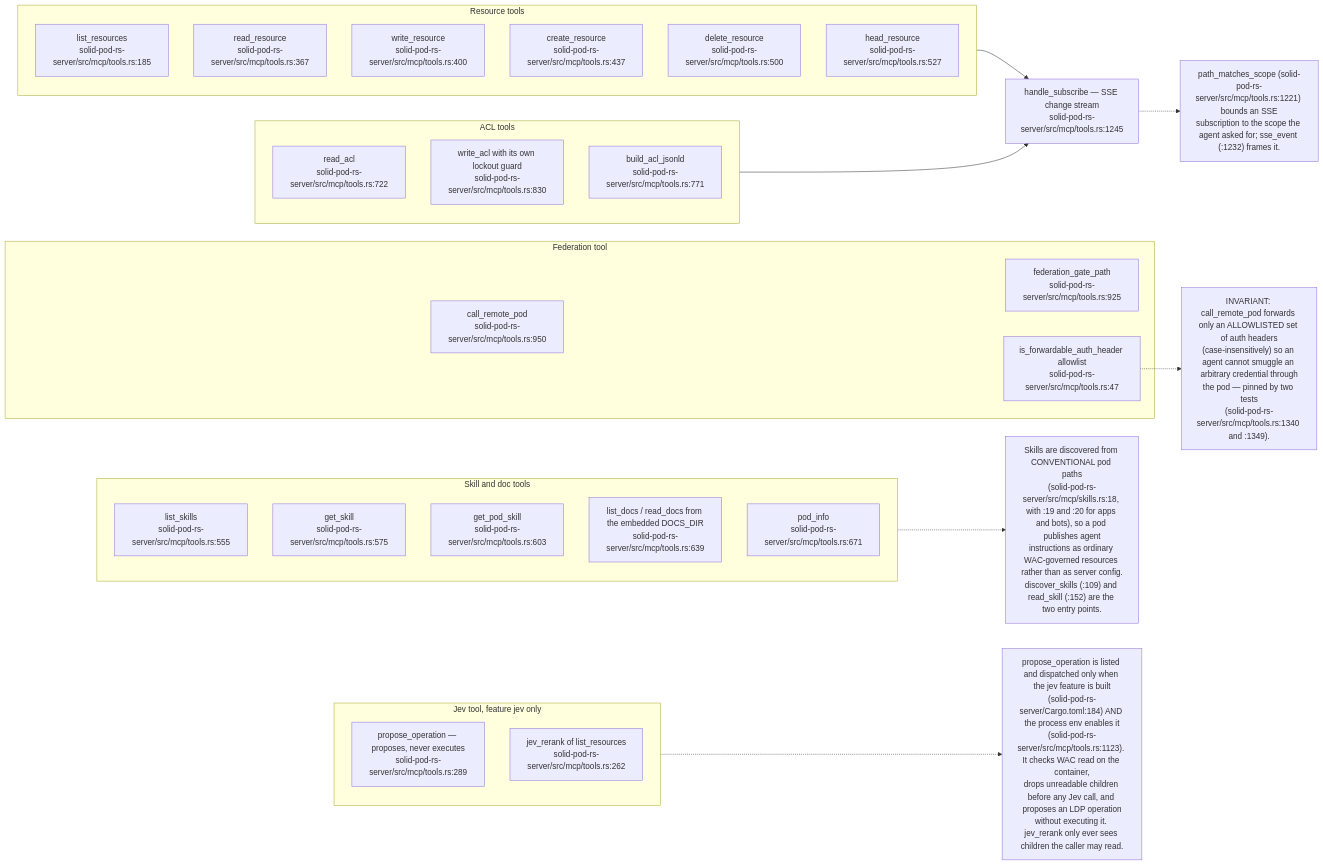
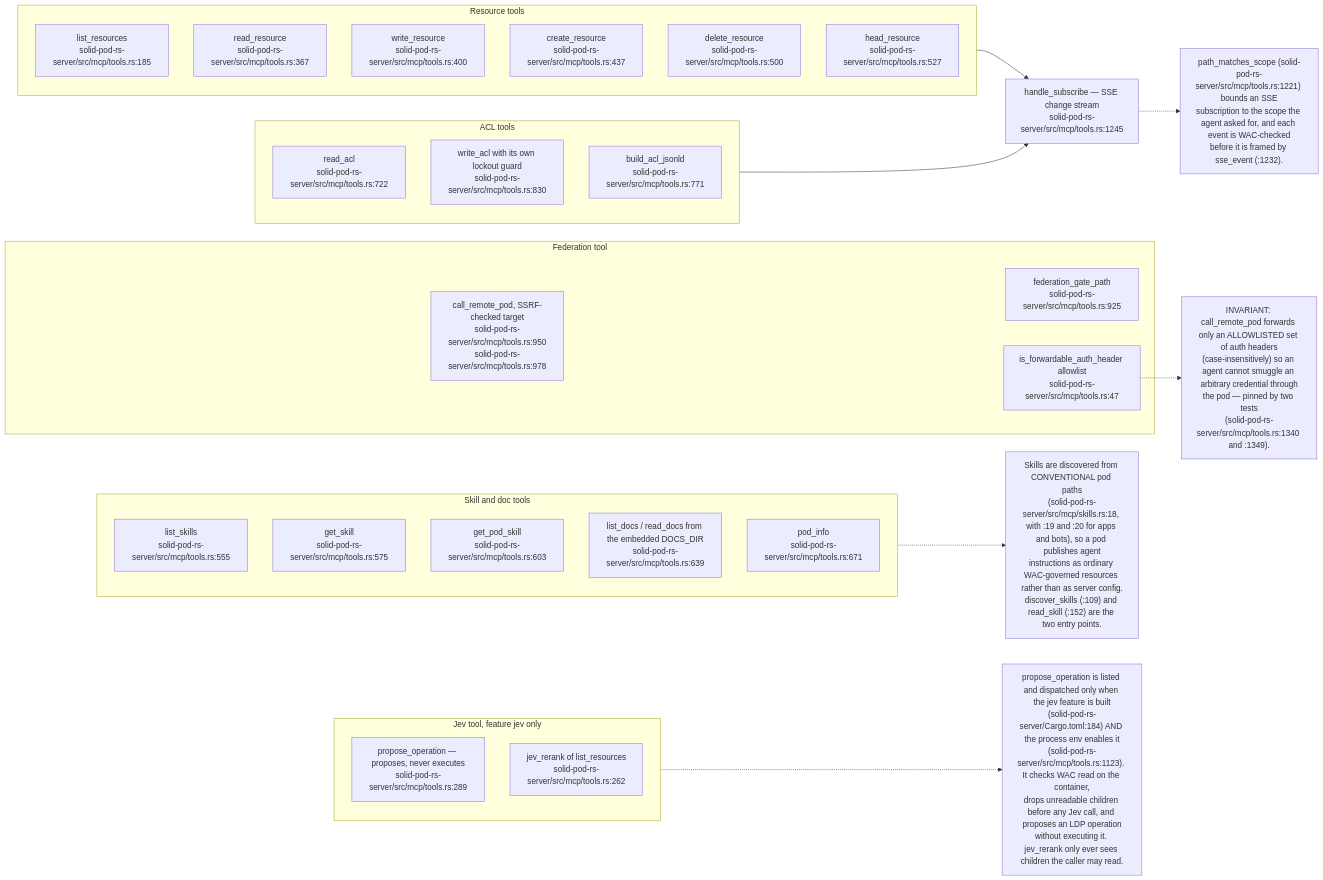
Before and after one commit to DreamLab-AI/VisionFlow: diagram 14 of 17 in docs/diagrams/solid-pod-rs/08-federation-notifications-forge-mcp.md, drawn with Mermaid. The commit also changed other lines of this file and 47 other files, not shown here.

````diff
--- a/docs/diagrams/solid-pod-rs/08-federation-notifications-forge-mcp.md
+++ b/docs/diagrams/solid-pod-rs/08-federation-notifications-forge-mcp.md
@@ -435,47 +517,47 @@
 ```mermaid
 flowchart LR
     subgraph RES["Resource tools"]
         LR2["list_resources<br/>solid-pod-rs-server/src/mcp/tools.rs:185"]
         RR["read_resource<br/>solid-pod-rs-server/src/mcp/tools.rs:367"]
         WR["write_resource<br/>solid-pod-rs-server/src/mcp/tools.rs:400"]
         CR["create_resource<br/>solid-pod-rs-server/src/mcp/tools.rs:437"]
         DR["delete_resource<br/>solid-pod-rs-server/src/mcp/tools.rs:500"]
         HR["head_resource<br/>solid-pod-rs-server/src/mcp/tools.rs:527"]
     end
     subgraph ACL["ACL tools"]
         RA["read_acl<br/>solid-pod-rs-server/src/mcp/tools.rs:722"]
         WA["write_acl with its own lockout guard<br/>solid-pod-rs-server/src/mcp/tools.rs:830"]
         BA["build_acl_jsonld<br/>solid-pod-rs-server/src/mcp/tools.rs:771"]
     end
     subgraph SK["Skill and doc tools"]
         LS["list_skills<br/>solid-pod-rs-server/src/mcp/tools.rs:555"]
         GS["get_skill<br/>solid-pod-rs-server/src/mcp/tools.rs:575"]
         PS["get_pod_skill<br/>solid-pod-rs-server/src/mcp/tools.rs:603"]
         LD["list_docs / read_docs from the embedded DOCS_DIR<br/>solid-pod-rs-server/src/mcp/tools.rs:639"]
         PI["pod_info<br/>solid-pod-rs-server/src/mcp/tools.rs:671"]
     end
     subgraph JV["Jev tool, feature jev only"]
         PO["propose_operation — proposes, never executes<br/>solid-pod-rs-server/src/mcp/tools.rs:289"]
         JR["jev_rerank of list_resources<br/>solid-pod-rs-server/src/mcp/tools.rs:262"]
     end
     subgraph FED["Federation tool"]
-        CRP["call_remote_pod<br/>solid-pod-rs-server/src/mcp/tools.rs:950"]
+        CRP["call_remote_pod, SSRF-checked target<br/>solid-pod-rs-server/src/mcp/tools.rs:950<br/>solid-pod-rs-server/src/mcp/tools.rs:978"]
         FG["federation_gate_path<br/>solid-pod-rs-server/src/mcp/tools.rs:925"]
         FA["is_forwardable_auth_header allowlist<br/>solid-pod-rs-server/src/mcp/tools.rs:47"]
     end
     SUB["handle_subscribe — SSE change stream<br/>solid-pod-rs-server/src/mcp/tools.rs:1245"]
 
     RES --> SUB
     ACL --> SUB
     FED --> FG
     FED --> FA
 
     N["INVARIANT: call_remote_pod forwards only an ALLOWLISTED set of auth headers<br/>(case-insensitively) so an agent cannot smuggle an arbitrary credential through<br/>the pod — pinned by two tests<br/>(solid-pod-rs-server/src/mcp/tools.rs:1340 and :1349)."]
     FA -.-> N
-    N2["path_matches_scope (solid-pod-rs-server/src/mcp/tools.rs:1221) bounds an SSE<br/>subscription to the scope the agent asked for; sse_event (:1232) frames it."]
+    N2["path_matches_scope (solid-pod-rs-server/src/mcp/tools.rs:1221) bounds an SSE<br/>subscription to the scope the agent asked for, and each event is WAC-checked<br/>before it is framed by sse_event (:1232)."]
     SUB -.-> N2
     N3["Skills are discovered from CONVENTIONAL pod paths<br/>(solid-pod-rs-server/src/mcp/skills.rs:18, with :19 and :20 for apps and bots), so a pod publishes agent<br/>instructions as ordinary WAC-governed resources rather than as server config.<br/>discover_skills (:109) and read_skill (:152) are the two entry points."]
     SK -.-> N3
     N4["propose_operation is listed and dispatched only when the jev feature is built<br/>(solid-pod-rs-server/Cargo.toml:184) AND the process env enables it<br/>(solid-pod-rs-server/src/mcp/tools.rs:1123). It checks WAC read on the container,<br/>drops unreadable children before any Jev call, and proposes an LDP operation<br/>without executing it. jev_rerank only ever sees children the caller may read."]
     JV -.-> N4
 ```
````
